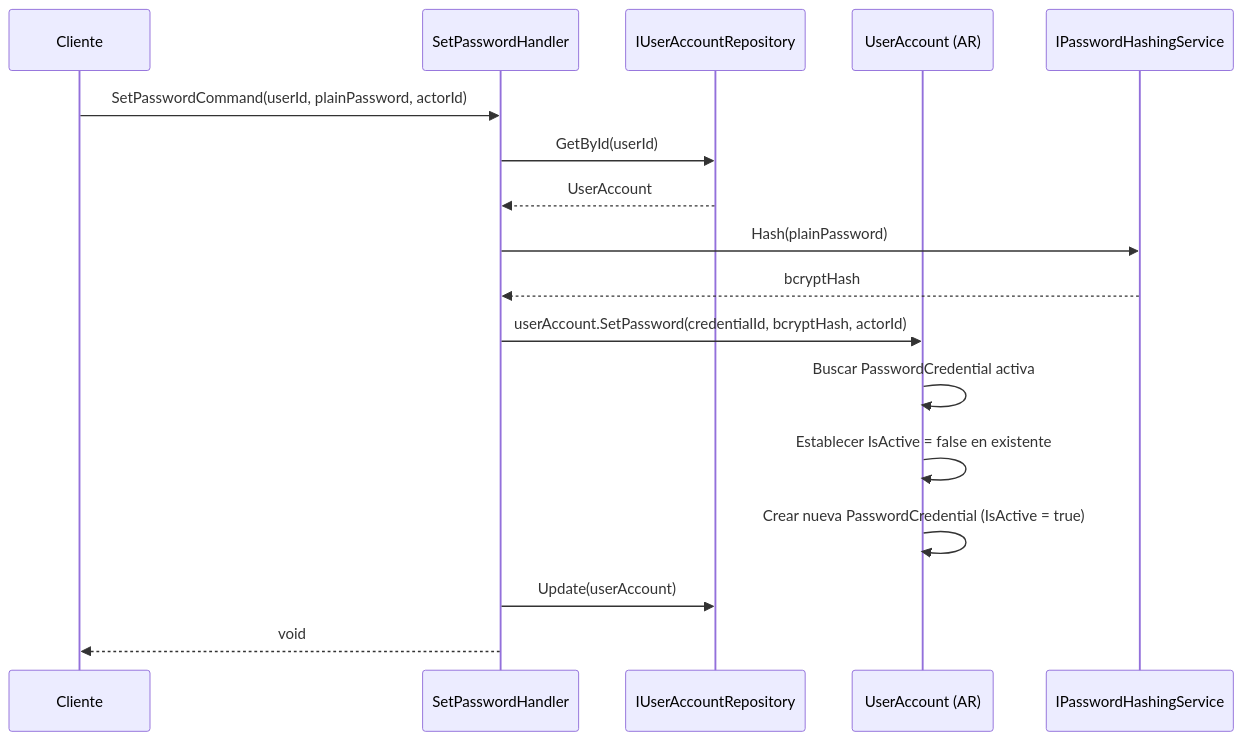
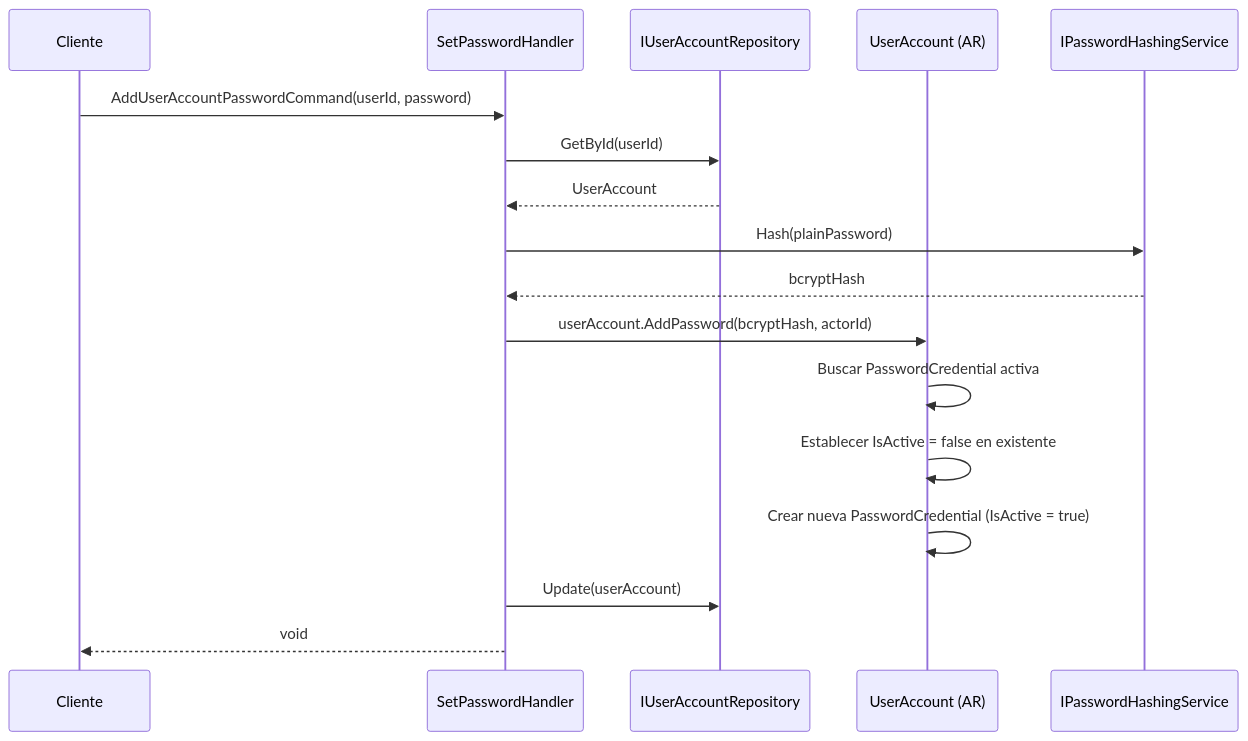
Before and after one commit to beyondnetcode/ums: the third of 8 diagrams in docs/domain-es/identity/user-account.md, drawn with Mermaid. The commit also changed other lines of this file and 91 other files, not shown here.

````diff
--- a/docs/domain-es/identity/user-account.md
+++ b/docs/domain-es/identity/user-account.md
@@ -168,20 +167,20 @@
 ```mermaid
 sequenceDiagram
     participant C as Cliente
     participant H as SetPasswordHandler
     participant R as IUserAccountRepository
     participant U as UserAccount (AR)
     participant P as IPasswordHashingService
 
-    C->>H: SetPasswordCommand(userId, plainPassword, actorId)
+    C->>H: AddUserAccountPasswordCommand(userId, password)
     H->>R: GetById(userId)
     R-->>H: UserAccount
     H->>P: Hash(plainPassword)
     P-->>H: bcryptHash
-    H->>U: userAccount.SetPassword(credentialId, bcryptHash, actorId)
+    H->>U: userAccount.AddPassword(bcryptHash, actorId)
     U->>U: Buscar PasswordCredential activa
     U->>U: Establecer IsActive = false en existente
     U->>U: Crear nueva PasswordCredential (IsActive = true)
     H->>R: Update(userAccount)
     H-->>C: void
 ```
````
